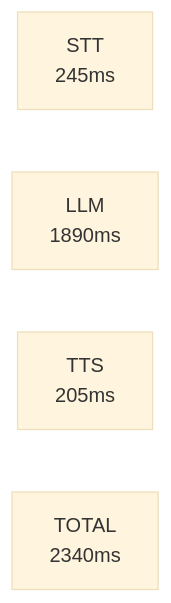
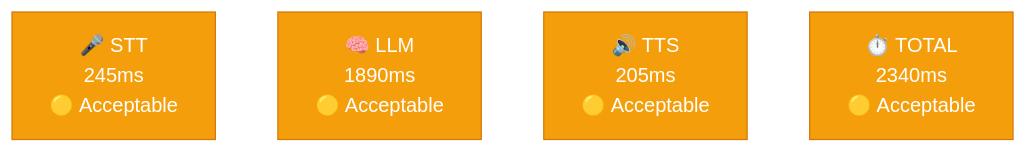
The second of 12 diagrams in logs/example_performance_report.md (abdellrahmanv/pluto-voice-assistant), drawn with Mermaid before and after one commit. The commit also changed other lines of this file and 1 other file, not shown here.

````diff
--- a/logs/example_performance_report.md
+++ b/logs/example_performance_report.md
@@ -32,8 +48,11 @@
 ```mermaid
 %%{init: {'theme':'base'}}%%
-graph LR
-    STT["STT<br/>245ms"]
-    LLM["LLM<br/>1890ms"]
-    TTS["TTS<br/>205ms"]
-    TOTAL["TOTAL<br/>2340ms"]
+graph TD
+    STT["🎤 STT<br/>245ms<br/>🟡 Acceptable"]:::warning
+    LLM["🧠 LLM<br/>1890ms<br/>🟡 Acceptable"]:::warning
+    TTS["🔊 TTS<br/>205ms<br/>🟡 Acceptable"]:::warning
+    TOTAL["⏱️ TOTAL<br/>2340ms<br/>🟡 Acceptable"]:::warning
+    classDef excellent fill:#22c55e,stroke:#16a34a,color:#fff
+    classDef warning fill:#f59e0b,stroke:#d97706,color:#fff
+    classDef critical fill:#ef4444,stroke:#dc2626,color:#fff
 ```
````
